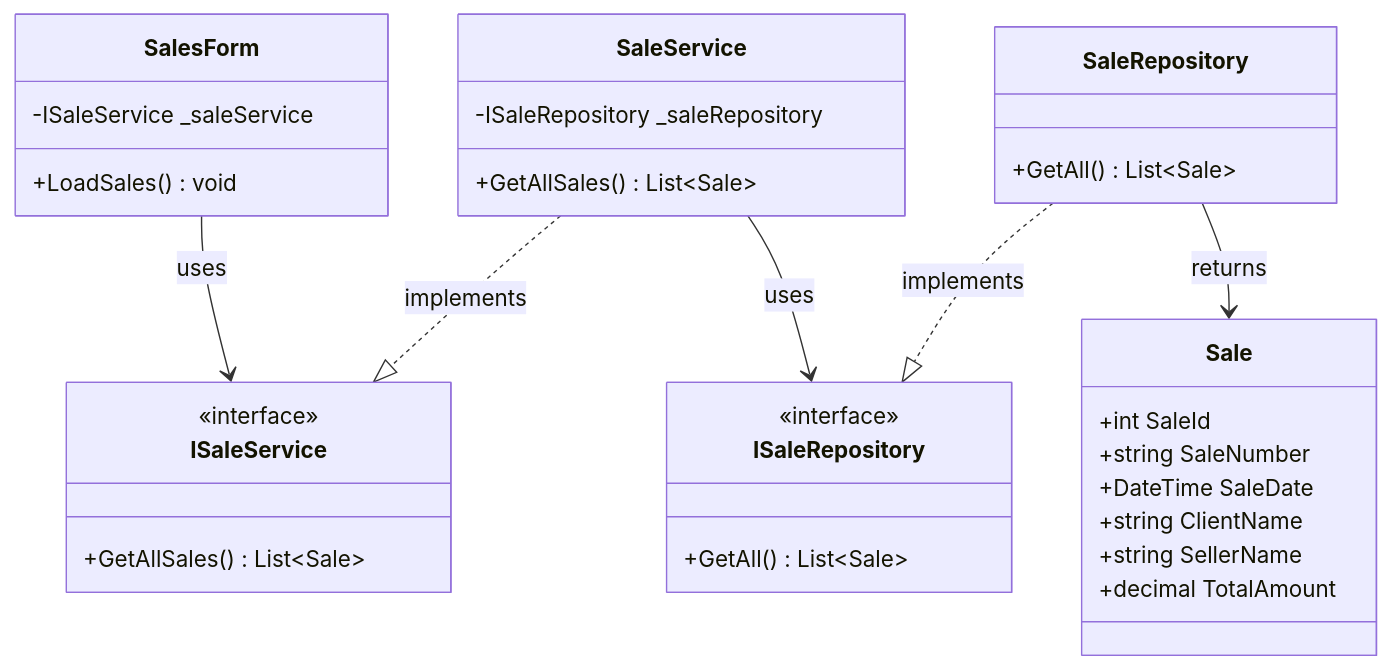
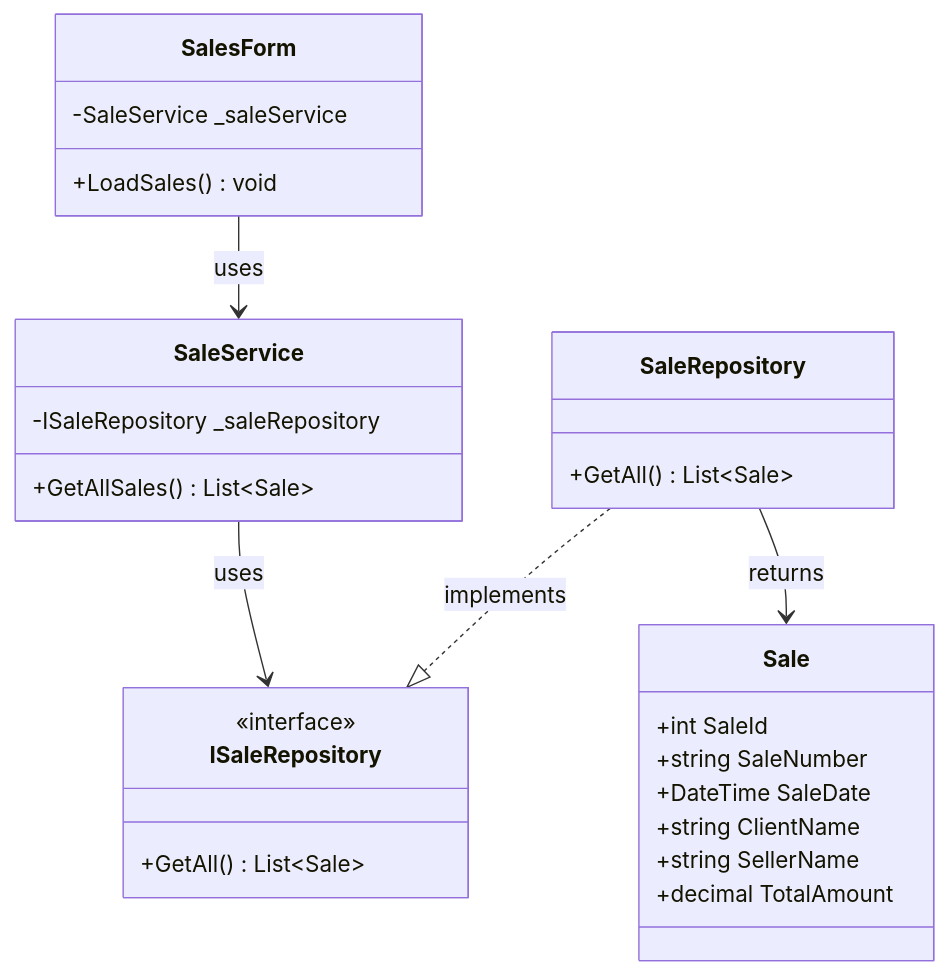
The fifth of 24 diagrams in Documentation/UML_Diagrams/15_Sales_UseCases.md (nahuk86/tp_diploma_nk_2026), drawn with Mermaid before and after one commit. The commit also changed other lines of this file and 5 other files, not shown here.

First line of the commit message:
Fix UML documentation: remove non-existent BLL service interfaces

````diff
--- a/Documentation/UML_Diagrams/15_Sales_UseCases.md
+++ b/Documentation/UML_Diagrams/15_Sales_UseCases.md
@@ -241,41 +220,36 @@
 ```mermaid
 classDiagram
     class SalesForm {
-        -ISaleService _saleService
+        -SaleService _saleService
         +LoadSales() void
     }
 
-    class ISaleService {
-        <<interface>>
-        +GetAllSales() List~Sale~
-    }
 
     class SaleService {
         -ISaleRepository _saleRepository
         +GetAllSales() List~Sale~
     }
 
     class ISaleRepository {
         <<interface>>
         +GetAll() List~Sale~
     }
 
     class SaleRepository {
         +GetAll() List~Sale~
     }
 
     class Sale {
         +int SaleId
         +string SaleNumber
         +DateTime SaleDate
         +string ClientName
         +string SellerName
         +decimal TotalAmount
     }
 
-    SalesForm --> ISaleService : uses
-    SaleService ..|> ISaleService : implements
+    SalesForm --> SaleService : uses
     SaleService --> ISaleRepository : uses
     SaleRepository ..|> ISaleRepository : implements
     SaleRepository --> Sale : returns
 ```
````
